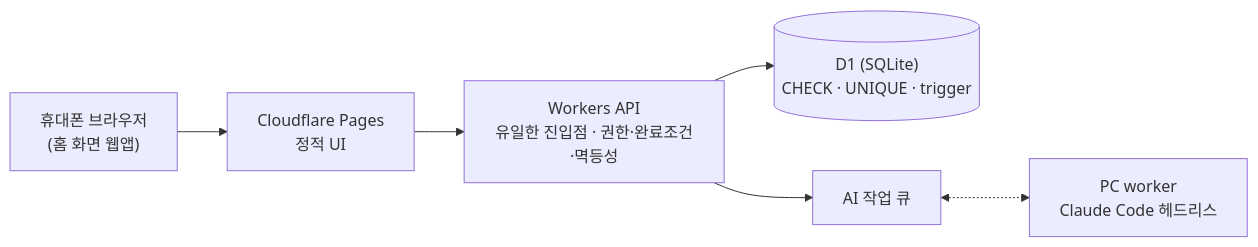
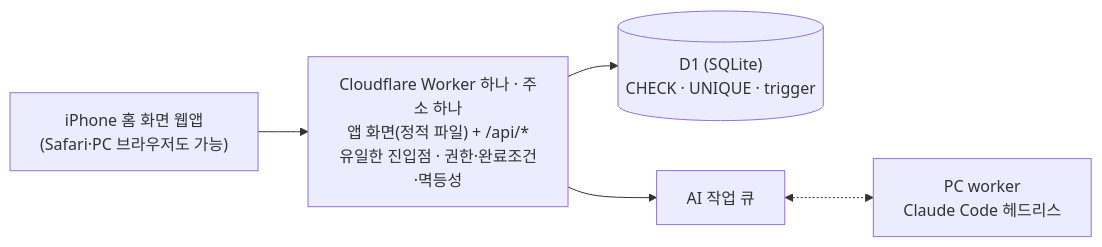
One commit to SKUnohtaekyung/emotion-diary changed the diagram in README.md. Above: the diagram before and after it, drawn with Mermaid. The commit also changed other lines of this file and 20 other files, not shown here.

````diff
--- a/README.md
+++ b/README.md
@@ -100,8 +100,7 @@
 ```mermaid
 flowchart LR
-  U["휴대폰 브라우저<br/>(홈 화면 웹앱)"] --> P["Cloudflare Pages<br/>정적 UI"]
-  P --> W["Workers API<br/>유일한 진입점 · 권한·완료조건·멱등성"]
+  U["iPhone 홈 화면 웹앱<br/>(Safari·PC 브라우저도 가능)"] --> W["Cloudflare Worker 하나 · 주소 하나<br/>앱 화면(정적 파일) + /api/*<br/>유일한 진입점 · 권한·완료조건·멱등성"]
   W --> D[("D1 (SQLite)<br/>CHECK · UNIQUE · trigger")]
   W --> Q["AI 작업 큐"]
   Q <-.-> PC["PC worker<br/>Claude Code 헤드리스"]
 ```
````
